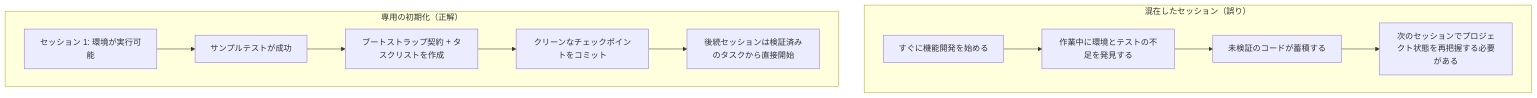
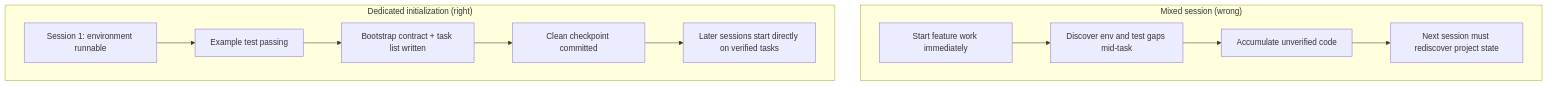
Before and after one commit to mkusaka/learn-harness-engineering: the diagram in docs/en/lectures/lecture-06-why-initialization-needs-its-own-phase/index.md, drawn with Mermaid. The commit also changed other lines of this file and 684 other files, not shown here.

````diff
--- a/docs/en/lectures/lecture-06-why-initialization-needs-its-own-phase/index.md
+++ b/docs/en/lectures/lecture-06-why-initialization-needs-its-own-phase/index.md
@@ -22,15 +22,15 @@
 ```mermaid
 flowchart TB
-    subgraph Wrong["混在したセッション（誤り）"]
-        W1["すぐに機能開発を始める"] --> W2["作業中に環境とテストの不足を発見する"]
-        W2 --> W3["未検証のコードが蓄積する"]
-        W3 --> W4["次のセッションでプロジェクト状態を再把握する必要がある"]
+    subgraph Wrong["Mixed session (wrong)"]
+        W1["Start feature work immediately"] --> W2["Discover env and test gaps mid-task"]
+        W2 --> W3["Accumulate unverified code"]
+        W3 --> W4["Next session must rediscover project state"]
     end
 
-    subgraph Right["専用の初期化（正解）"]
-        R1["セッション 1: 環境が実行可能"] --> R2["サンプルテストが成功"]
-        R2 --> R3["ブートストラップ契約 + タスクリストを作成"]
-        R3 --> R4["クリーンなチェックポイントをコミット"]
-        R4 --> R5["後続セッションは検証済みのタスクから直接開始"]
+    subgraph Right["Dedicated initialization (right)"]
+        R1["Session 1: environment runnable"] --> R2["Example test passing"]
+        R2 --> R3["Bootstrap contract + task list written"]
+        R3 --> R4["Clean checkpoint committed"]
+        R4 --> R5["Later sessions start directly on verified tasks"]
     end
 ```
````
